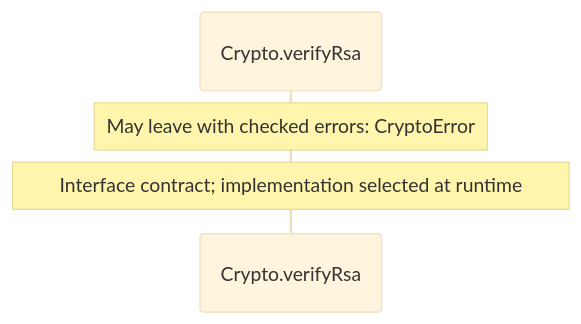
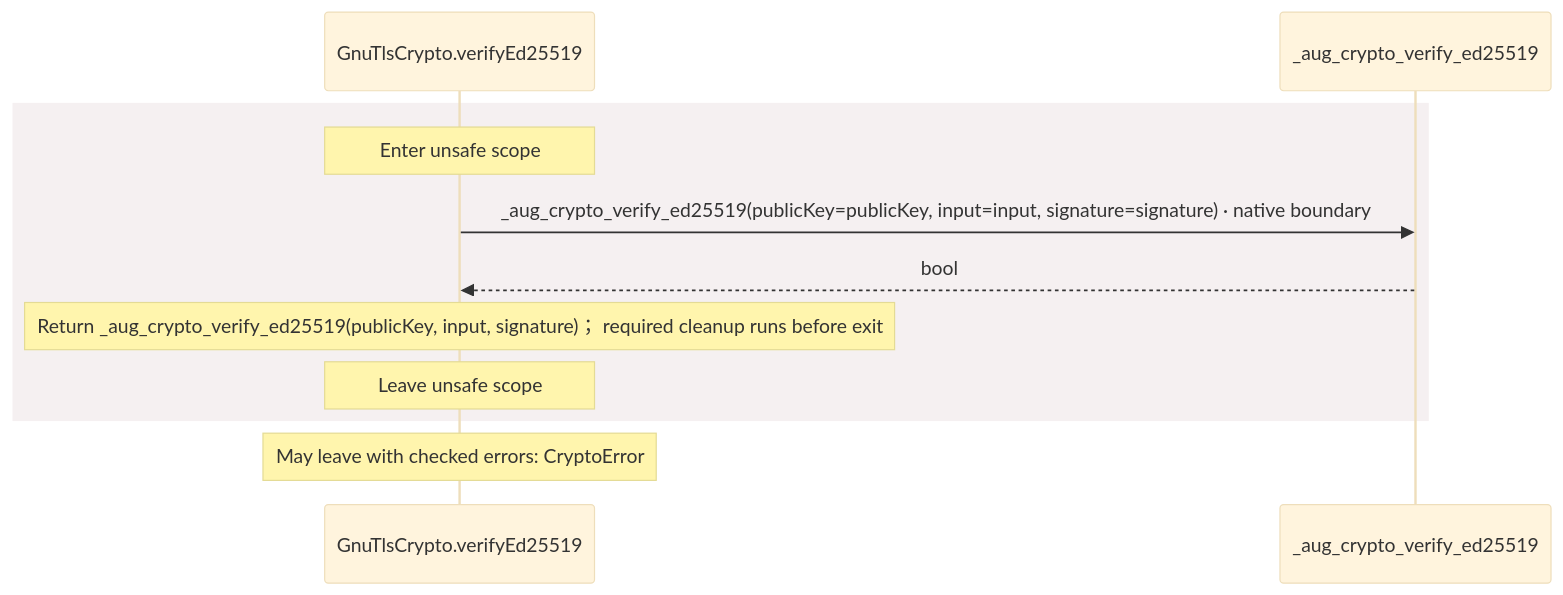
One commit to GreenPandaStudios/augscript changed the ninth of 15 diagrams in src/stdlib/crypto/contracts.aug.diagrams.md. Above: the diagram before and after it, drawn with Mermaid (base theme). The commit also changed other lines of this file and 524 other files, not shown here.

Commit message:
Explain checked data flow at folder and service levels

````diff
--- a/src/stdlib/crypto/contracts.aug.diagrams.md
+++ b/src/stdlib/crypto/contracts.aug.diagrams.md
@@ -182,7 +403,13 @@
 ```mermaid
 sequenceDiagram
-    participant p0 as Crypto.verifyRsa
-
+    participant p0 as GnuTlsCrypto.verifyEd25519
+    participant p1 as _aug_crypto_verify_ed25519
+    rect rgb(245, 240, 241)
+    Note over p0: Enter unsafe scope
+    p0->>p1: _aug_crypto_verify_ed25519(publicKey=publicKey, input=input, signature=signature) · native boundary
+    p1-->>p0: bool
+    Note over p0: Return _aug_crypto_verify_ed25519(publicKey, input, signature)； required cleanup runs before exit
+    Note over p0: Leave unsafe scope
+    end
     Note over p0: May leave with checked errors: CryptoError
-    Note over p0: Interface contract#59; implementation selected at runtime
 ```
````
